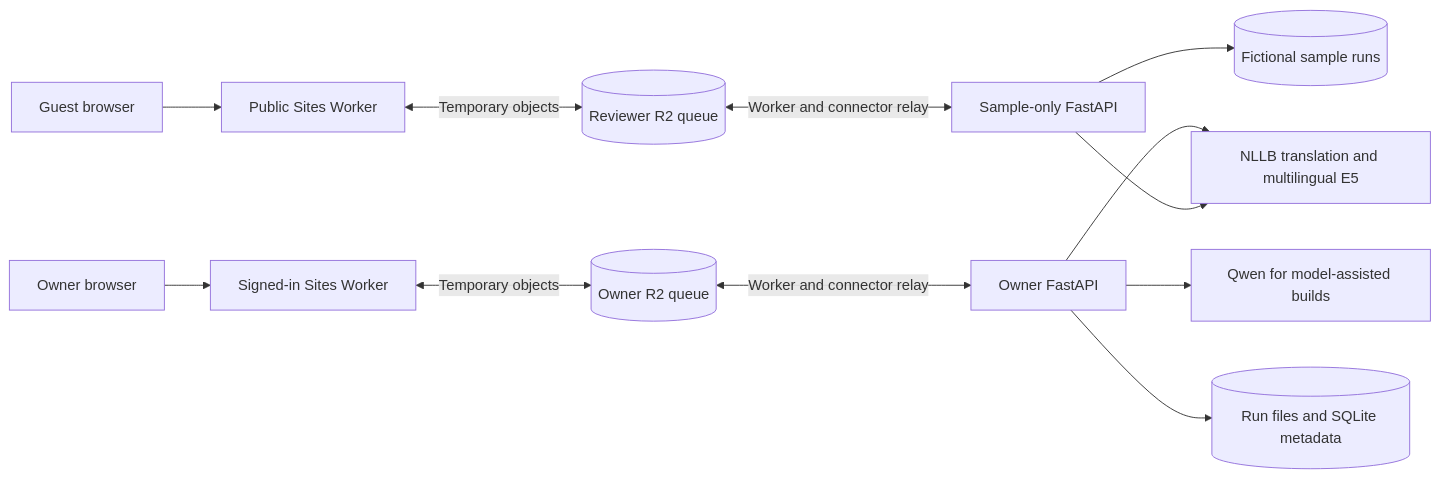
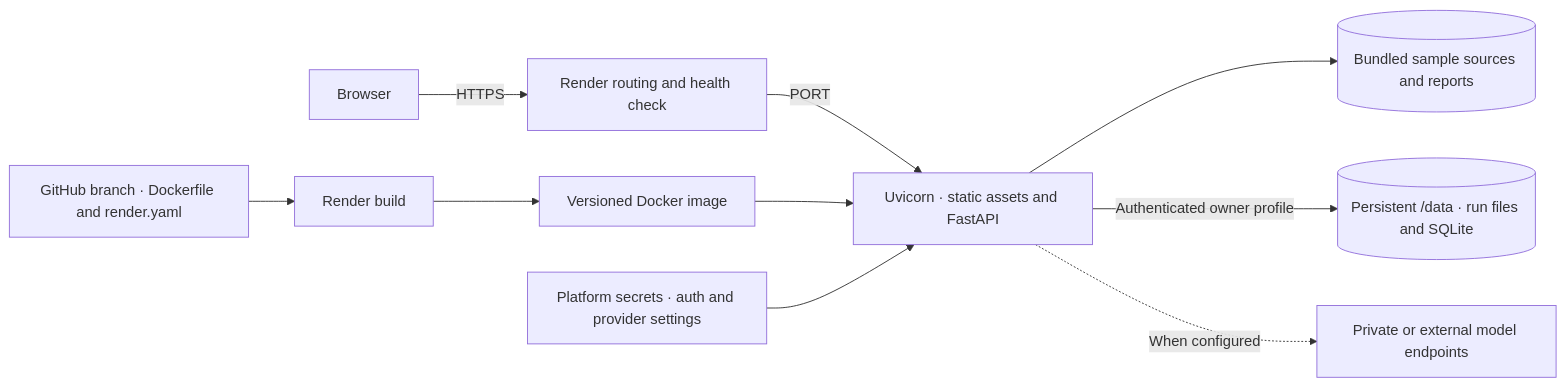
Before and after one commit to SrijanSingh2006/Ocean-AI-Assignment-ForgeAI: the second of 3 diagrams in README.md, drawn with Mermaid. The commit also changed other lines of this file and 49 other files, not shown here.

Commit message:
Streamline the ForgeAI submission and document the architecture

````diff
--- a/README.md
+++ b/README.md
@@ -128,14 +119,12 @@
-```mermaid
+~~~mermaid
 flowchart LR
-    B["Guest browser"] --> W["Public Sites Worker"]
-    O["Owner browser"] --> OW["Signed-in Sites Worker"]
-    W <-->|Temporary objects| R[("Reviewer R2 queue")]
-    OW <-->|Temporary objects| OR[("Owner R2 queue")]
-    R <-->|Worker and connector relay| G["Sample-only FastAPI"]
-    OR <-->|Worker and connector relay| F["Owner FastAPI"]
-    F --> M["Qwen for model-assisted builds"]
-    F --> D[("Run files and SQLite metadata")]
-    G --> S[("Fictional sample runs")]
-    F --> L["NLLB translation and multilingual E5"]
-    G --> L
-```
+    Git["GitHub branch · Dockerfile and render.yaml"] --> Build["Render build"]
+    Build --> Image["Versioned Docker image"]
+    Visitor["Browser"] -->|HTTPS| Proxy["Render routing and health check"]
+    Proxy -->|PORT| App["Uvicorn · static assets and FastAPI"]
+    Image --> App
+    App --> Samples[("Bundled sample sources and reports")]
+    App -->|Authenticated owner profile| Volume[("Persistent /data · run files and SQLite")]
+    Secrets["Platform secrets · auth and provider settings"] --> App
+    App -.->|When configured| Providers["Private or external model endpoints"]
+~~~
````
